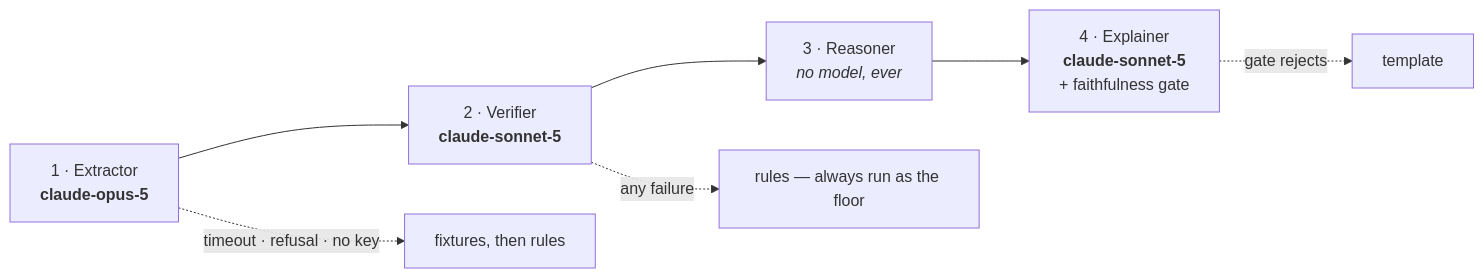
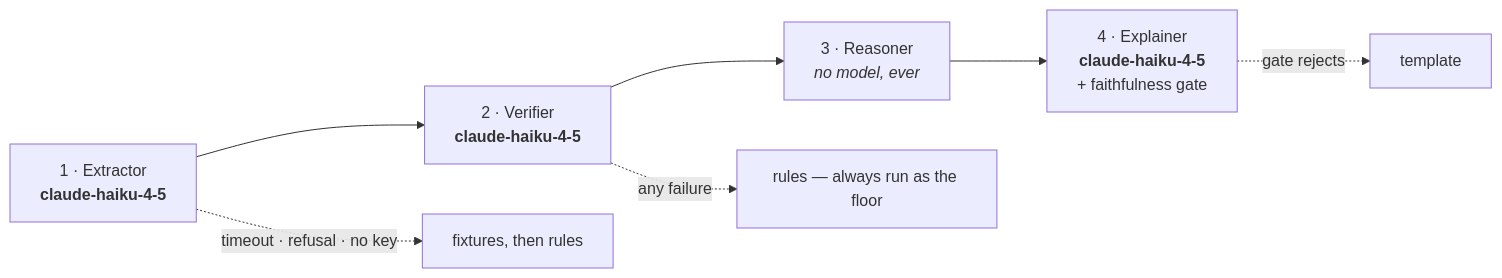
Before and after one commit to nayanmshah/intelligent-agentic-scheduler-optimizer: the fourth of 9 diagrams in docs/architecture.md, drawn with Mermaid. The commit also changed other lines of this file and 121 other files, not shown here.

````diff
--- a/docs/architecture.md
+++ b/docs/architecture.md
@@ -360,9 +360,9 @@
 ```mermaid
 flowchart LR
-    A["1 · Extractor<br/><b>claude-opus-5</b>"] --> B["2 · Verifier<br/><b>claude-sonnet-5</b>"]
+    A["1 · Extractor<br/><b>claude-haiku-4-5</b>"] --> B["2 · Verifier<br/><b>claude-haiku-4-5</b>"]
     B --> C["3 · Reasoner<br/><i>no model, ever</i>"]
-    C --> D["4 · Explainer<br/><b>claude-sonnet-5</b><br/>+ faithfulness gate"]
+    C --> D["4 · Explainer<br/><b>claude-haiku-4-5</b><br/>+ faithfulness gate"]
     A -. "timeout · refusal · no key" .-> A2["fixtures, then rules"]
     B -. "any failure" .-> B2["rules — always run as the floor"]
     D -. "gate rejects" .-> D2["template"]
 ```
````
